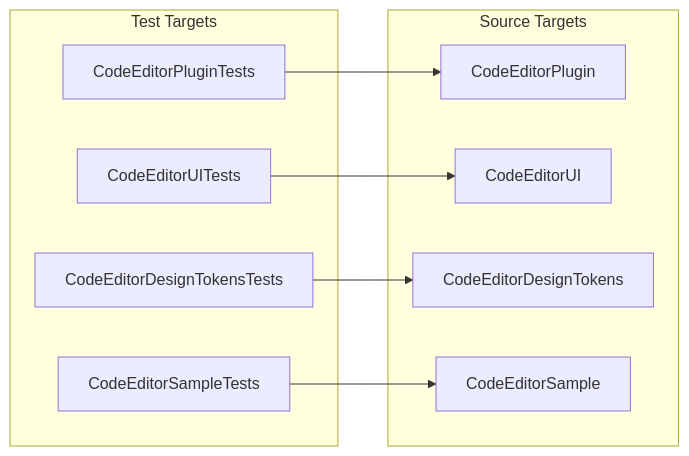
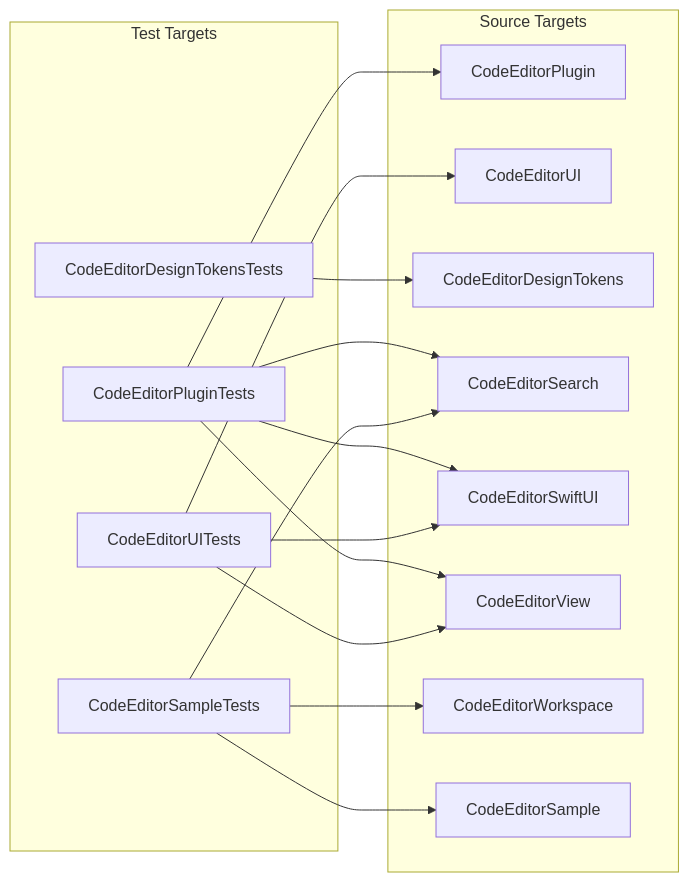
The second of 3 diagrams in docs/Diagrams/26-sample-dependencies.md (ajmcclary/CodeEditorKit), drawn with Mermaid before and after one commit. The commit also changed other lines of this file and 26 other files, not shown here.

````diff
--- a/docs/Diagrams/26-sample-dependencies.md
+++ b/docs/Diagrams/26-sample-dependencies.md
@@ -29,21 +54,32 @@
 ```mermaid
 flowchart LR
     subgraph "Test Targets"
         PluginTests[CodeEditorPluginTests]
         TokensTests[CodeEditorDesignTokensTests]
         UITests[CodeEditorUITests]
         SampleTests[CodeEditorSampleTests]
     end
 
     subgraph "Source Targets"
         Plugin[CodeEditorPlugin]
         UI[CodeEditorUI]
         Tokens[CodeEditorDesignTokens]
+        Search[CodeEditorSearch]
+        SwiftUI[CodeEditorSwiftUI]
+        View[CodeEditorView]
+        Workspace[CodeEditorWorkspace]
         Sample[CodeEditorSample]
     end
 
     PluginTests --> Plugin
+    PluginTests --> View
+    PluginTests --> SwiftUI
+    PluginTests --> Search
     TokensTests --> Tokens
     UITests --> UI
+    UITests --> SwiftUI
+    UITests --> View
     SampleTests --> Sample
+    SampleTests --> Search
+    SampleTests --> Workspace
 ```
````
